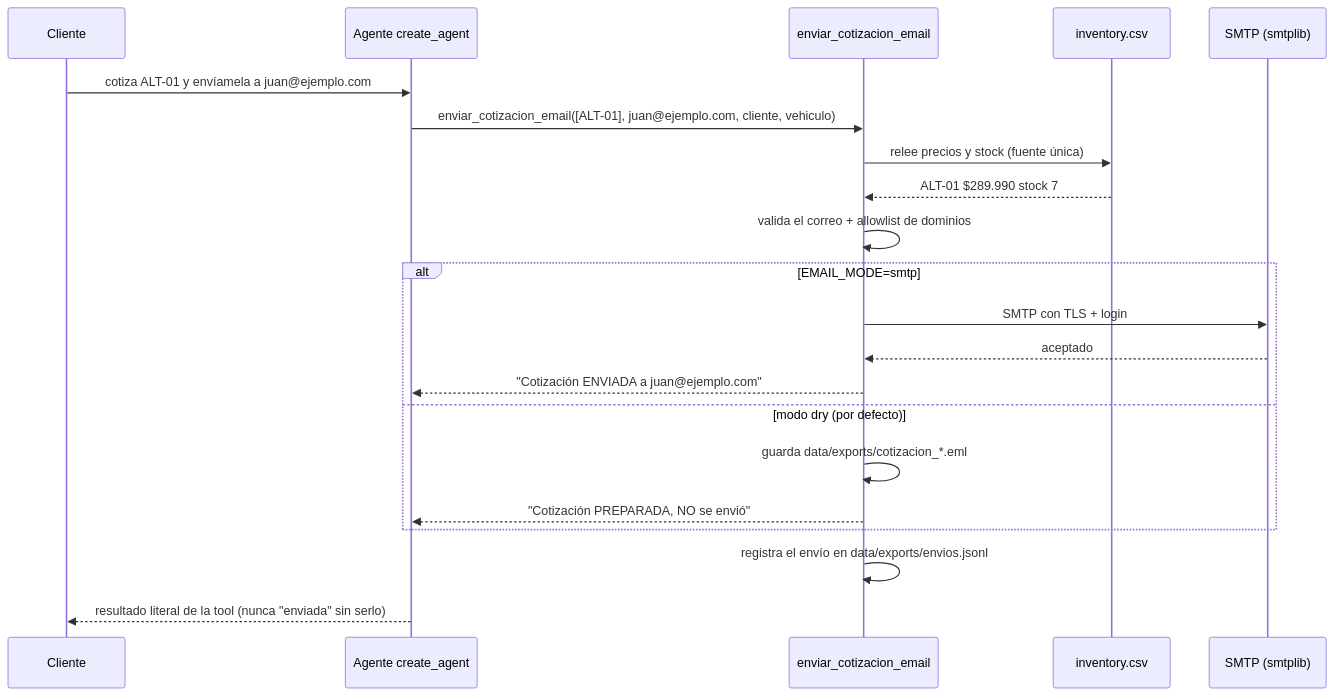
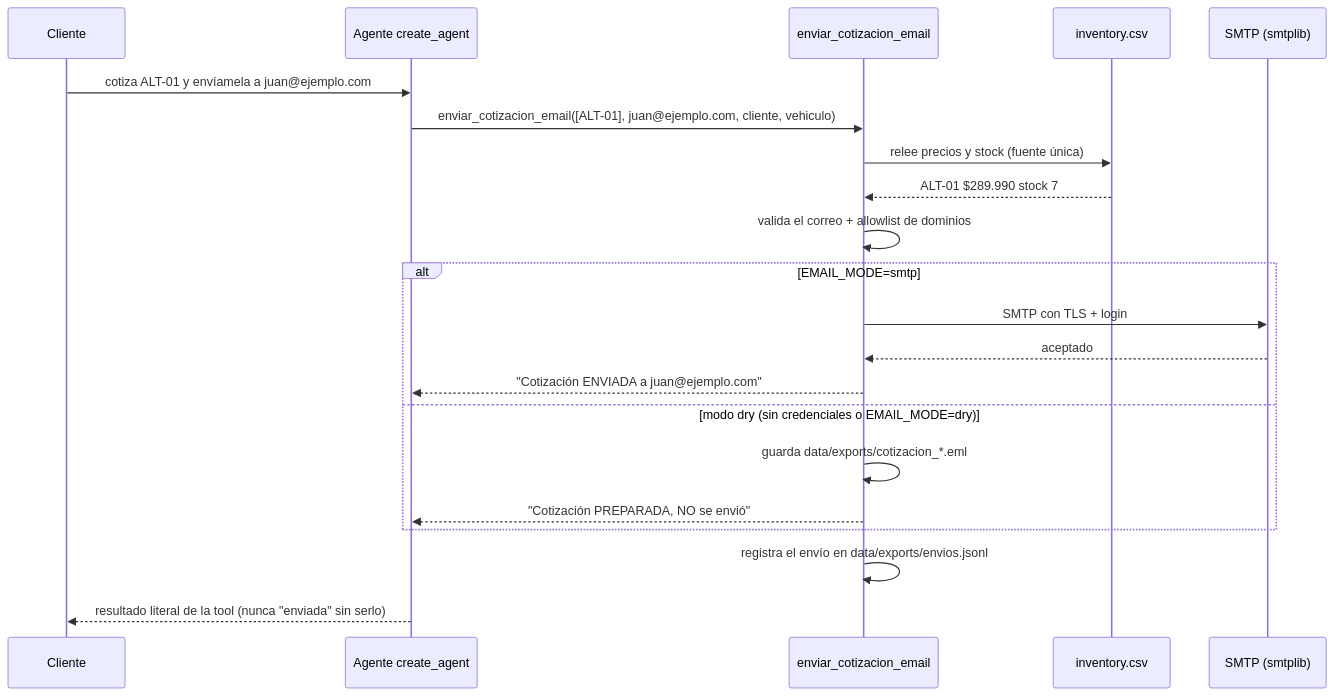
One commit to FabianReyes02/EvaluacionIA1 changed the fifth of 5 diagrams in docs/diagramas.md. Above: the diagram before and after it, drawn with Mermaid. The commit also changed other lines of this file and 15 other files, not shown here.

````diff
--- a/docs/diagramas.md
+++ b/docs/diagramas.md
@@ -84,23 +84,23 @@
 ```mermaid
 sequenceDiagram
     participant C as Cliente
     participant A as Agente create_agent
     participant E as enviar_cotizacion_email
     participant CSV as inventory.csv
     participant S as SMTP (smtplib)
     C->>A: cotiza ALT-01 y envíamela a juan@ejemplo.com
     A->>E: enviar_cotizacion_email([ALT-01], juan@ejemplo.com, cliente, vehiculo)
     E->>CSV: relee precios y stock (fuente única)
     CSV-->>E: ALT-01 $289.990 stock 7
     E->>E: valida el correo + allowlist de dominios
     alt EMAIL_MODE=smtp
         E->>S: SMTP con TLS + login
         S-->>E: aceptado
         E-->>A: "Cotización ENVIADA a juan@ejemplo.com"
-    else modo dry (por defecto)
+    else modo dry (sin credenciales o EMAIL_MODE=dry)
         E->>E: guarda data/exports/cotizacion_*.eml
         E-->>A: "Cotización PREPARADA, NO se envió"
     end
     E->>E: registra el envío en data/exports/envios.jsonl
     A-->>C: resultado literal de la tool (nunca "enviada" sin serlo)
 ```
````
